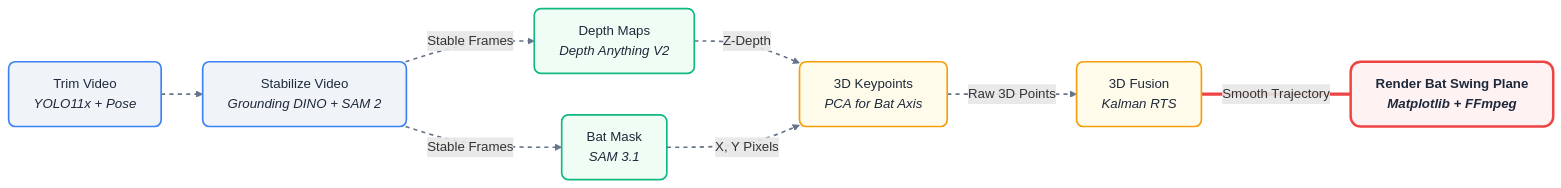
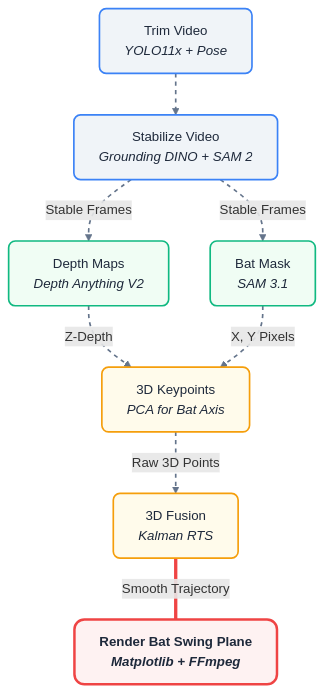
The third of 3 diagrams in pipeline_diagrams.md (adnanmsk/blog_privew), drawn with Mermaid before and after one commit. The commit also changed other lines of this file, not shown here.

Commit message:
Change final flowchart layout from LR to TD

````diff
--- a/pipeline_diagrams.md
+++ b/pipeline_diagrams.md
@@ -174,25 +174,25 @@
 ```mermaid
-flowchart LR
+flowchart TD
     %% Clean, modern color palette for standard Markdown rendering
     classDef prep fill:#f0f4f8,stroke:#3b82f6,stroke-width:2px,color:#1e293b,rx:8px,ry:8px
     classDef infer fill:#f0fdf4,stroke:#10b981,stroke-width:2px,color:#1e293b,rx:8px,ry:8px
     classDef phys fill:#fffbeb,stroke:#f59e0b,stroke-width:2px,color:#1e293b,rx:8px,ry:8px
     classDef out fill:#fef2f2,stroke:#ef4444,stroke-width:3px,color:#1e293b,rx:12px,ry:12px,font-weight:bold
 
     %% Nodes and relationships (Text strictly preserved)
     T["Trim Video<br><i>YOLO11x + Pose</i>"]:::prep --> S["Stabilize Video<br><i>Grounding DINO + SAM 2</i>"]:::prep
     
     S -- "Stable Frames" --> D["Depth Maps<br><i>Depth Anything V2</i>"]:::infer
     S -- "Stable Frames" --> Seg["Bat Mask<br><i>SAM 3.1</i>"]:::infer
     
     D -- "Z-Depth" --> K["3D Keypoints<br><i>PCA for Bat Axis</i>"]:::phys
     Seg -- "X, Y Pixels" --> K
     
     K -- "Raw 3D Points" --> F["3D Fusion<br><i>Kalman RTS</i>"]:::phys
     
     F == "Smooth Trajectory" === R["Render Bat Swing Plane<br><i>Matplotlib + FFmpeg</i>"]:::out
 
     %% Link styling designed to be visible on any Markdown background
     linkStyle 0,1,2,3,4,5 stroke:#64748b,stroke-width:2px,stroke-dasharray: 5 5
     linkStyle 6 stroke:#ef4444,stroke-width:4px
 ```
````
